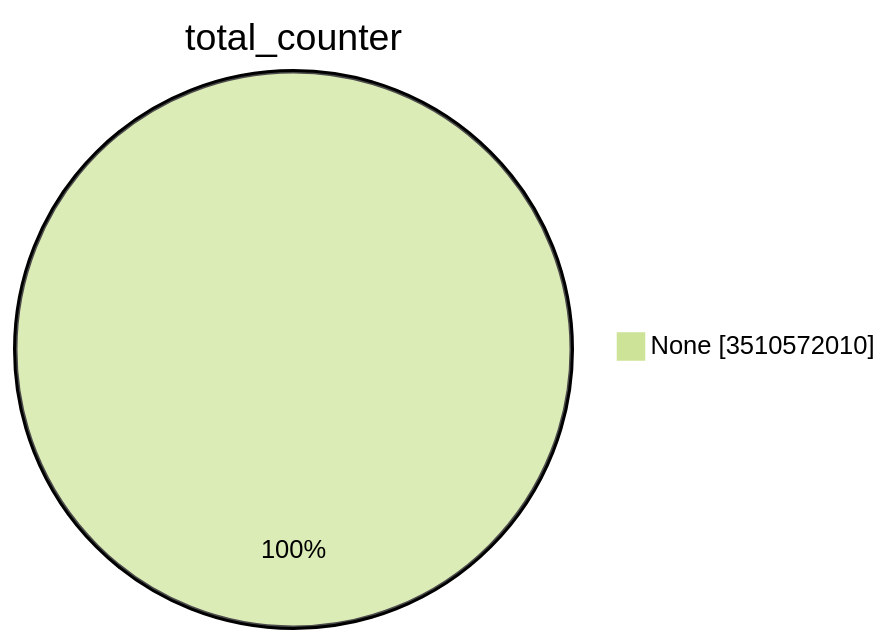
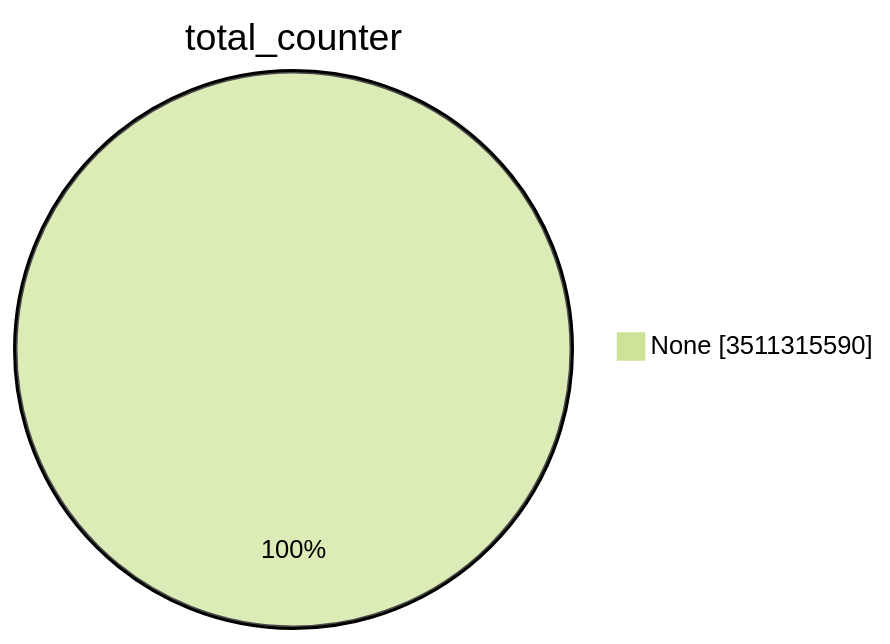
One commit to christiankrug/ctmonitor_visualization changed the first of 15 diagrams in TOTAL/README.md. Above: the diagram before and after it, drawn with Mermaid (forest theme). The commit also changed other lines of this file, not shown here.

````diff
--- a/TOTAL/README.md
+++ b/TOTAL/README.md
@@ -1,5 +1,5 @@
 ```mermaid
 pie showData
 title total_counter
-"None" :3510572010
+"None" :3511315590
 ```
````
